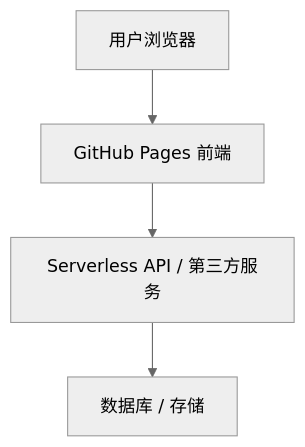
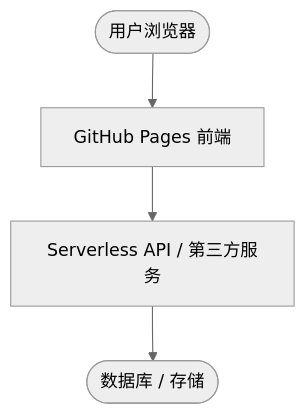
One commit to ChiYmiya/WHPEM changed the third of 3 diagrams in README.md. Above: the diagram before and after it, drawn with Mermaid (neutral theme). The commit also changed other lines of this file, not shown here.

````diff
--- a/README.md
+++ b/README.md
@@ -53,6 +72,6 @@
 ```mermaid
 flowchart TD
-    User[用户浏览器] --> Frontend[GitHub Pages 前端]
+    User([用户浏览器]) --> Frontend[GitHub Pages 前端]
     Frontend --> API[Serverless API / 第三方服务]
-    API --> DB[数据库 / 存储]
+    API --> DB([数据库 / 存储])
 ```
````
